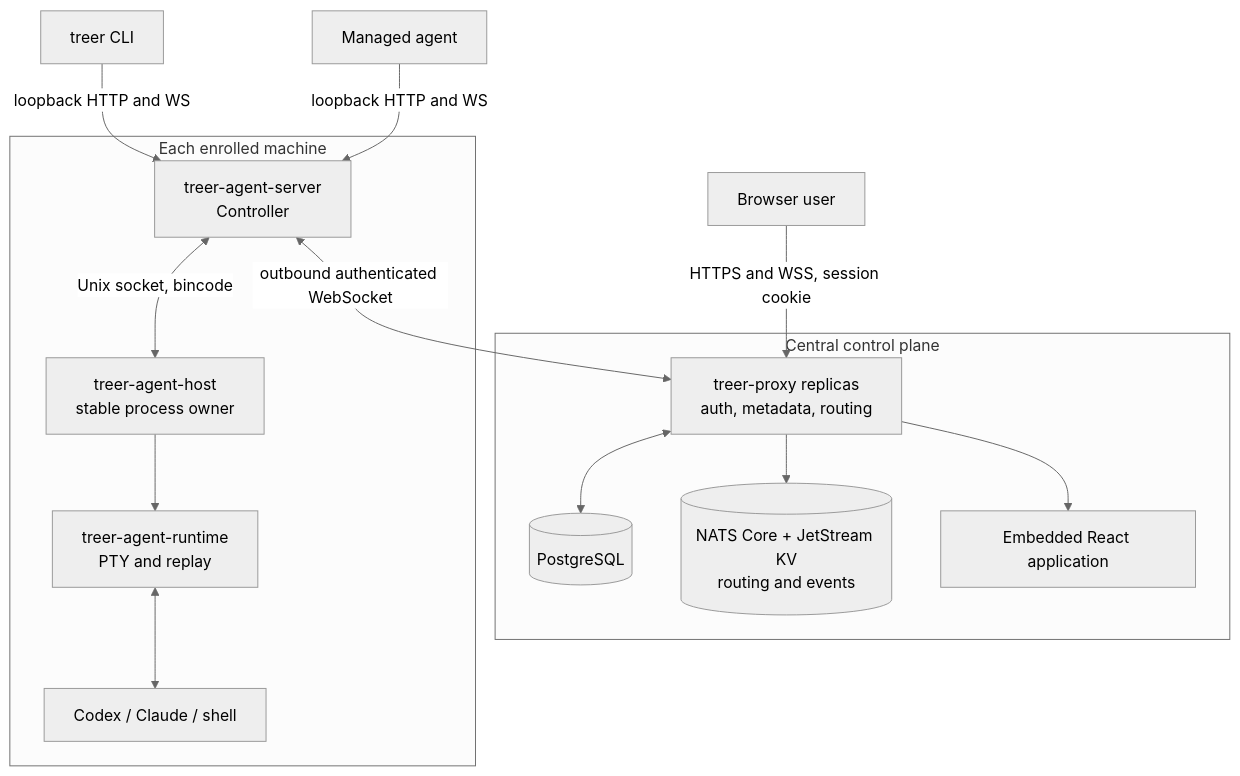
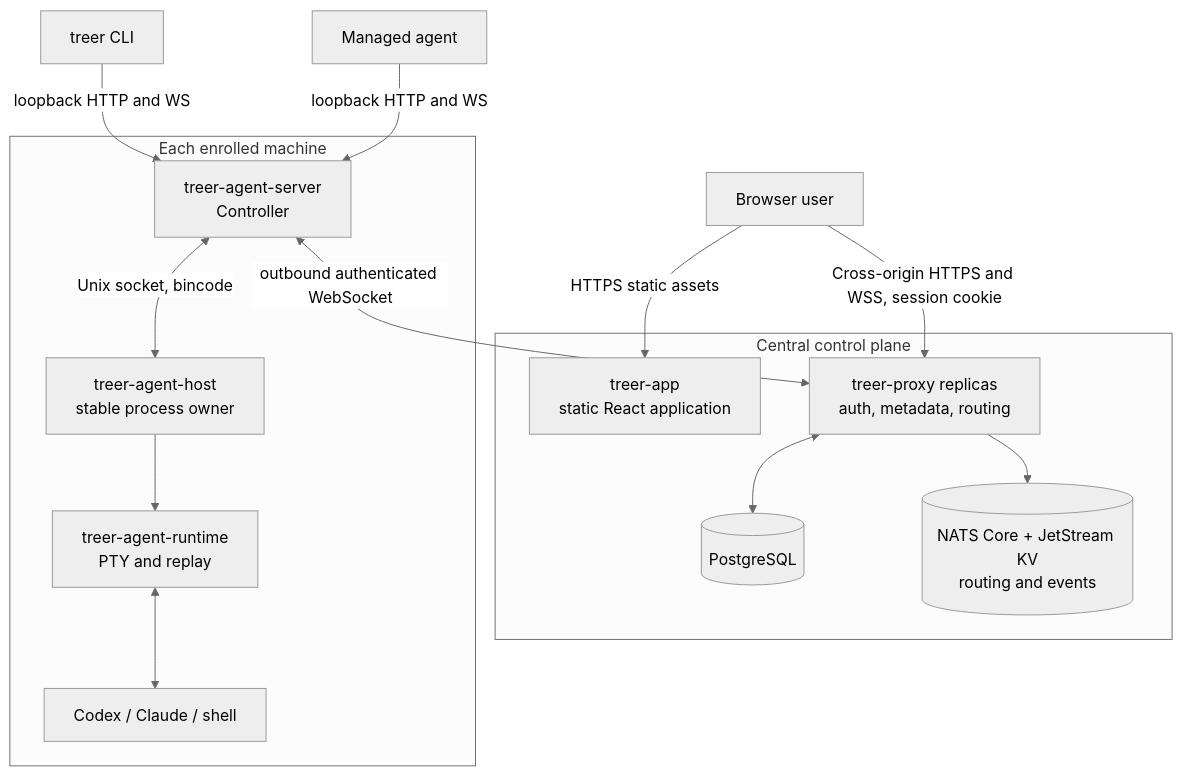
Before and after one commit to EvoEvolver/treer: the first of 2 diagrams in docs/architecture.md, drawn with Mermaid (neutral theme). The commit also changed other lines of this file and 19 other files, not shown here.

Commit message:
Separate web app from proxy service

````diff
--- a/docs/architecture.md
+++ b/docs/architecture.md
@@ -12,28 +12,28 @@
 ```mermaid
 flowchart TB
-    Browser[Browser user] -->|HTTPS and WSS, session cookie| Proxy
+    Browser[Browser user] -->|HTTPS static assets| Web
+    Browser -->|Cross-origin HTTPS and WSS, session cookie| Proxy
     CLI[treer CLI] -->|loopback HTTP and WS| Controller
     Agent[Managed agent] -->|loopback HTTP and WS| Controller
 
     subgraph Central[Central control plane]
         Proxy["treer-proxy replicas<br/>auth, metadata, routing"]
         DB[(PostgreSQL)]
         NATS[(NATS Core + JetStream KV<br/>routing and events)]
-        Web[Embedded React application]
+        Web[treer-app<br/>static React application]
         Proxy <--> DB
         Proxy --> NATS
-        Proxy --> Web
     end
 
     subgraph Machine[Each enrolled machine]
         Controller["treer-agent-server<br/>Controller"]
         Host["treer-agent-host<br/>stable process owner"]
         Runtime["treer-agent-runtime<br/>PTY and replay"]
         Processes[Codex / Claude / shell]
         Controller <-->|Unix socket, bincode| Host
         Host --> Runtime
         Runtime <--> Processes
     end
 
     Controller <-->|outbound authenticated WebSocket| Proxy
 ```
````
